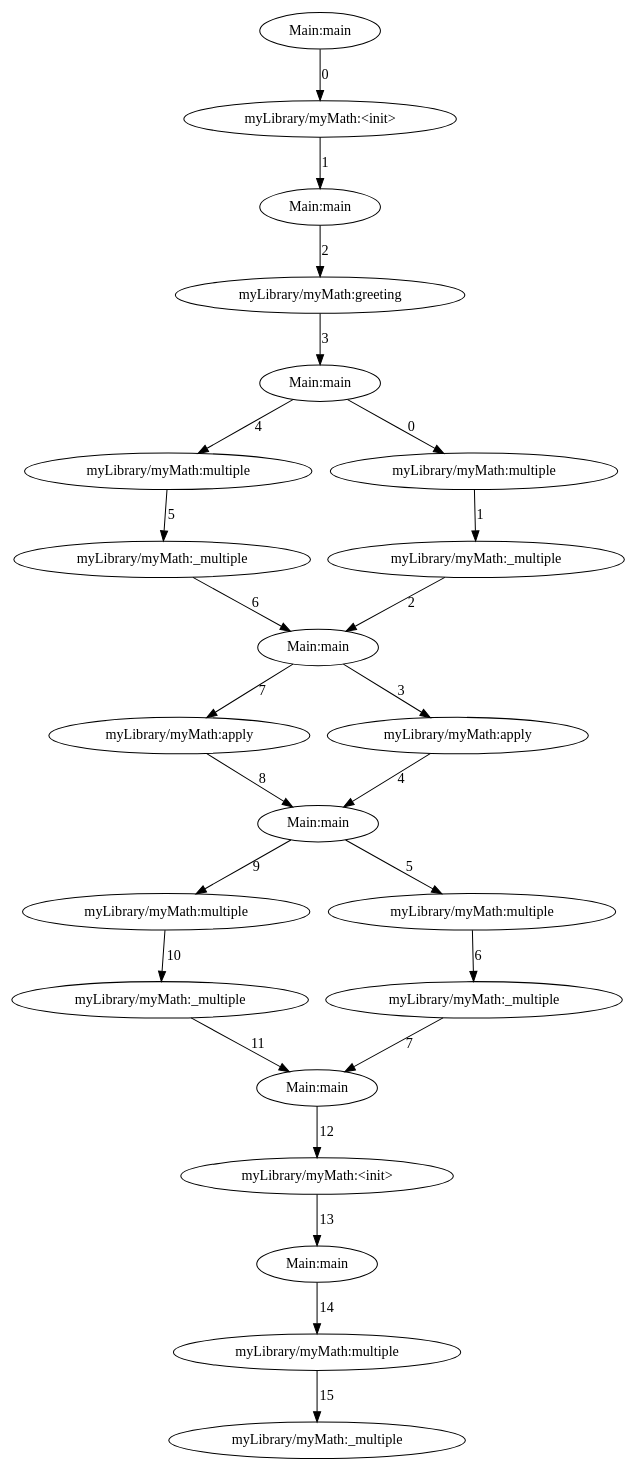
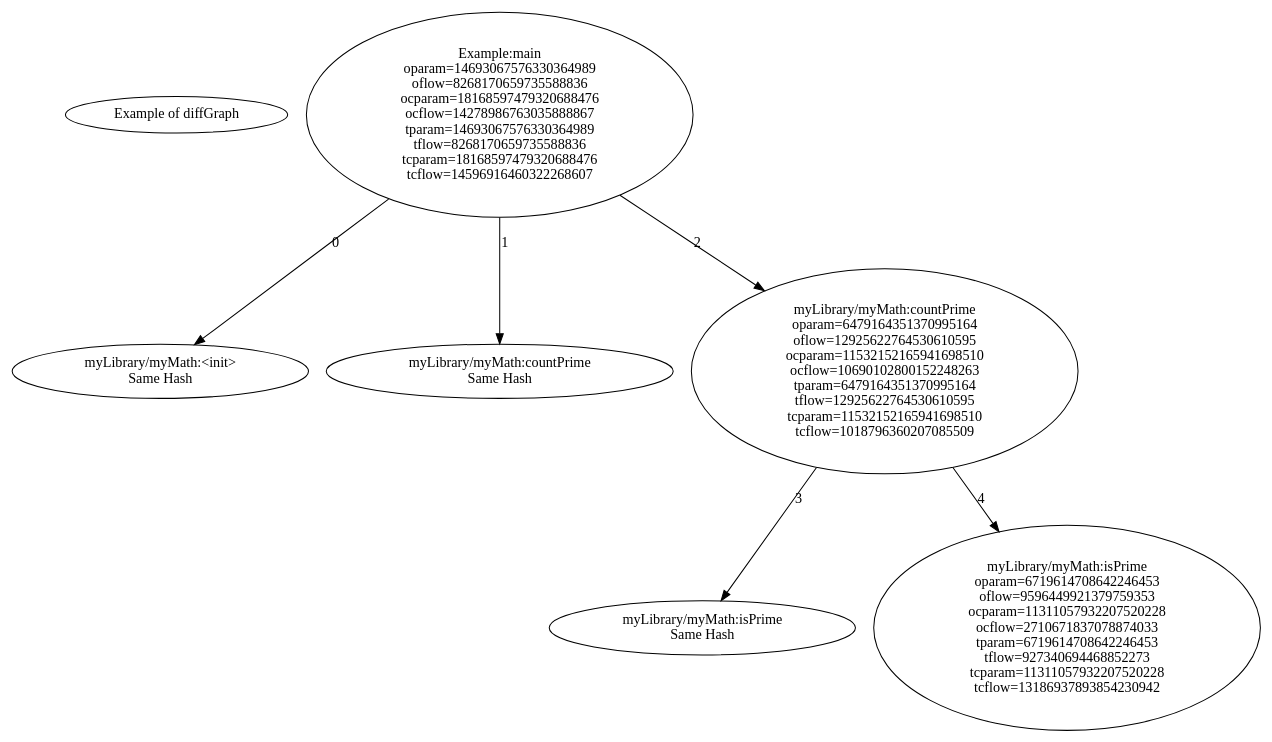
The diagram in target/diff.dot (yebityon/olda), drawn with Graphviz before and after one commit. The commit also changed 4 other files, not shown here.

```diff
--- a/target/diff.dot
+++ b/target/diff.dot
@@ -1,48 +1,41 @@
 digraph G {
-0[label="Main:main"];
-1[label="myLibrary/myMath:<init>"];
-2[label="Main:main"];
-3[label="myLibrary/myMath:greeting"];
-4[label="Main:main"];
-5[label="myLibrary/myMath:multiple"];
-6[label="myLibrary/myMath:_multiple"];
-7[label="myLibrary/myMath:multiple"];
-8[label="myLibrary/myMath:_multiple"];
-9[label="Main:main"];
-10[label="myLibrary/myMath:apply"];
-11[label="myLibrary/myMath:apply"];
-12[label="Main:main"];
-13[label="myLibrary/myMath:multiple"];
-14[label="myLibrary/myMath:_multiple"];
-15[label="myLibrary/myMath:multiple"];
-16[label="myLibrary/myMath:_multiple"];
-17[label="Main:main"];
-18[label="myLibrary/myMath:<init>"];
-19[label="Main:main"];
-20[label="myLibrary/myMath:multiple"];
-21[label="myLibrary/myMath:_multiple"];
-0->1 [label=0];
-1->2 [label=1];
-2->3 [label=2];
-3->4 [label=3];
-4->5 [label=4];
-5->6 [label=5];
-4->7 [label=0];
-7->8 [label=1];
-6->9 [label=6];
-8->9 [label=2];
-9->10 [label=7];
-9->11 [label=3];
-10->12 [label=8];
-11->12 [label=4];
-12->13 [label=9];
-13->14 [label=10];
-12->15 [label=5];
-15->16 [label=6];
-14->17 [label=11];
-16->17 [label=7];
-17->18 [label=12];
-18->19 [label=13];
-19->20 [label=14];
-20->21 [label=15];
+0[label="Example of diffGraph"];
+1[label="Example:main
+oparam=14693067576330364989
+oflow=8268170659735588836
+ocparam=18168597479320688476
+ocflow=14278986763035888867
+tparam=14693067576330364989
+tflow=8268170659735588836
+tcparam=18168597479320688476
+tcflow=14596916460322268607"];
+2[label="myLibrary/myMath:<init>
+Same Hash"];
+3[label="myLibrary/myMath:countPrime
+Same Hash"];
+4[label="myLibrary/myMath:countPrime
+oparam=6479164351370995164
+oflow=12925622764530610595
+ocparam=11532152165941698510
+ocflow=10690102800152248263
+tparam=6479164351370995164
+tflow=12925622764530610595
+tcparam=11532152165941698510
+tcflow=1018796360207085509"];
+5[label="myLibrary/myMath:isPrime
+Same Hash"];
+6[label="myLibrary/myMath:isPrime
+oparam=6719614708642246453
+oflow=9596449921379759353
+ocparam=11311057932207520228
+ocflow=2710671837078874033
+tparam=6719614708642246453
+tflow=927340694468852273
+tcparam=11311057932207520228
+tcflow=13186937893854230942"];
+1->2 [label=0];
+1->3 [label=1];
+1->4 [label=2];
+4->5 [label=3];
+4->6 [label=4];
 }
```
